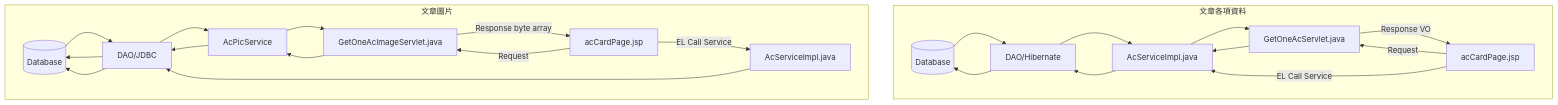
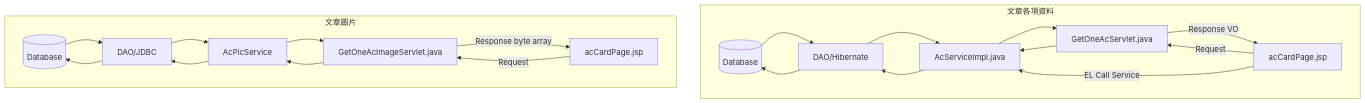
Before and after one commit to TLexYuW/CGA103G1OwnPart: the ninth of 12 diagrams in README.md, drawn with Mermaid.

Commit message:
LexVaultBackup: 2022-09-12 19:28:36
Affected files:
README.md

````diff
--- a/README.md
+++ b/README.md
@@ -218,16 +218,15 @@
 ```mermaid
 graph 
 	subgraph 文章各項資料
 	DB --> H --> AcSI --> GOAS -->|Response VO| acCP
 	acCP[acCardPage.jsp] -->|Request| GOAS[GetOneAcServlet.java] 
 	--> AcSI[AcServiceImpl.java] --> H[DAO/Hibernate] --> DB[(Database)]
 	acCP -->|EL Call Service| AcSI[AcServiceImpl.java]
 	end
 	
 	subgraph 文章圖片
 	DB2 --> DAO --> AcPS --> GOAIS -->|Response byte array| acCP2
 	acCP2[acCardPage.jsp] -->|Request| GOAIS[GetOneAcImageServlet.java] 
 	--> AcPS[AcPicService] --> DAO[DAO/JDBC] --> DB2[(Database)]
-	acCP2 -->|EL Call Service| AcSI2[AcServiceImpl.java] --> DAO --> DB2
 	end	
 ```
````
